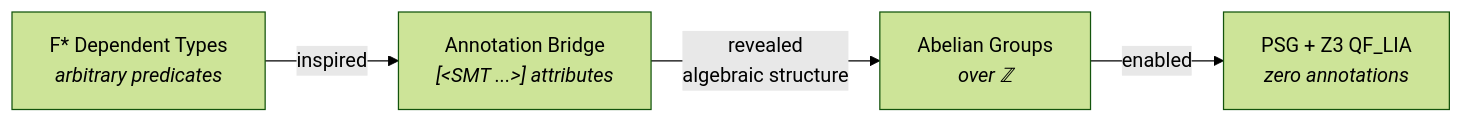
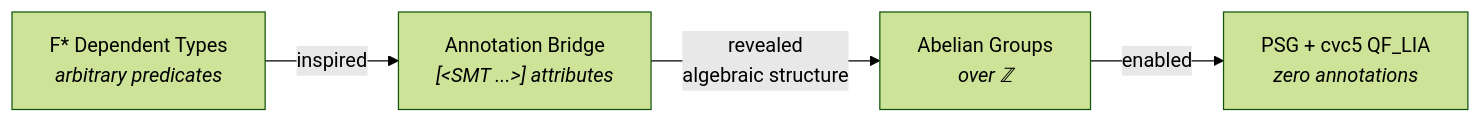
One commit to FidelityFramework/clef-lang-site changed the diagram in hugo/content/docs/internals/verification/double-annotation-discovery.md. Above: the diagram before and after it, drawn with Mermaid (forest theme). The commit also changed other lines of this file and 22 other files, not shown here.

````diff
--- a/hugo/content/docs/internals/verification/double-annotation-discovery.md
+++ b/hugo/content/docs/internals/verification/double-annotation-discovery.md
@@ -111,7 +111,7 @@
 ```mermaid
 graph LR
     A["F* Dependent Types<br/><i>arbitrary predicates</i>"] -->|inspired| B["Annotation Bridge<br/><i>[&lt;SMT ...&gt;] attributes</i>"]
     B -->|"revealed<br/>algebraic structure"| C["Abelian Groups<br/><i>over ℤ</i>"]
-    C -->|enabled| D["PSG + Z3 QF_LIA<br/><i>zero annotations</i>"]
+    C -->|enabled| D["PSG + cvc5 QF_LIA<br/><i>zero annotations</i>"]
 
 ```
````
